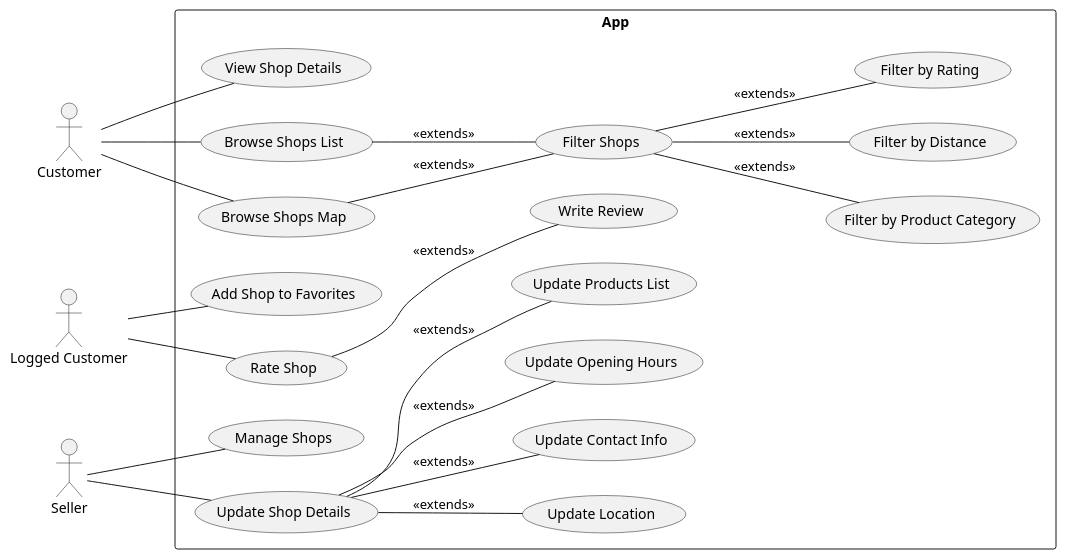
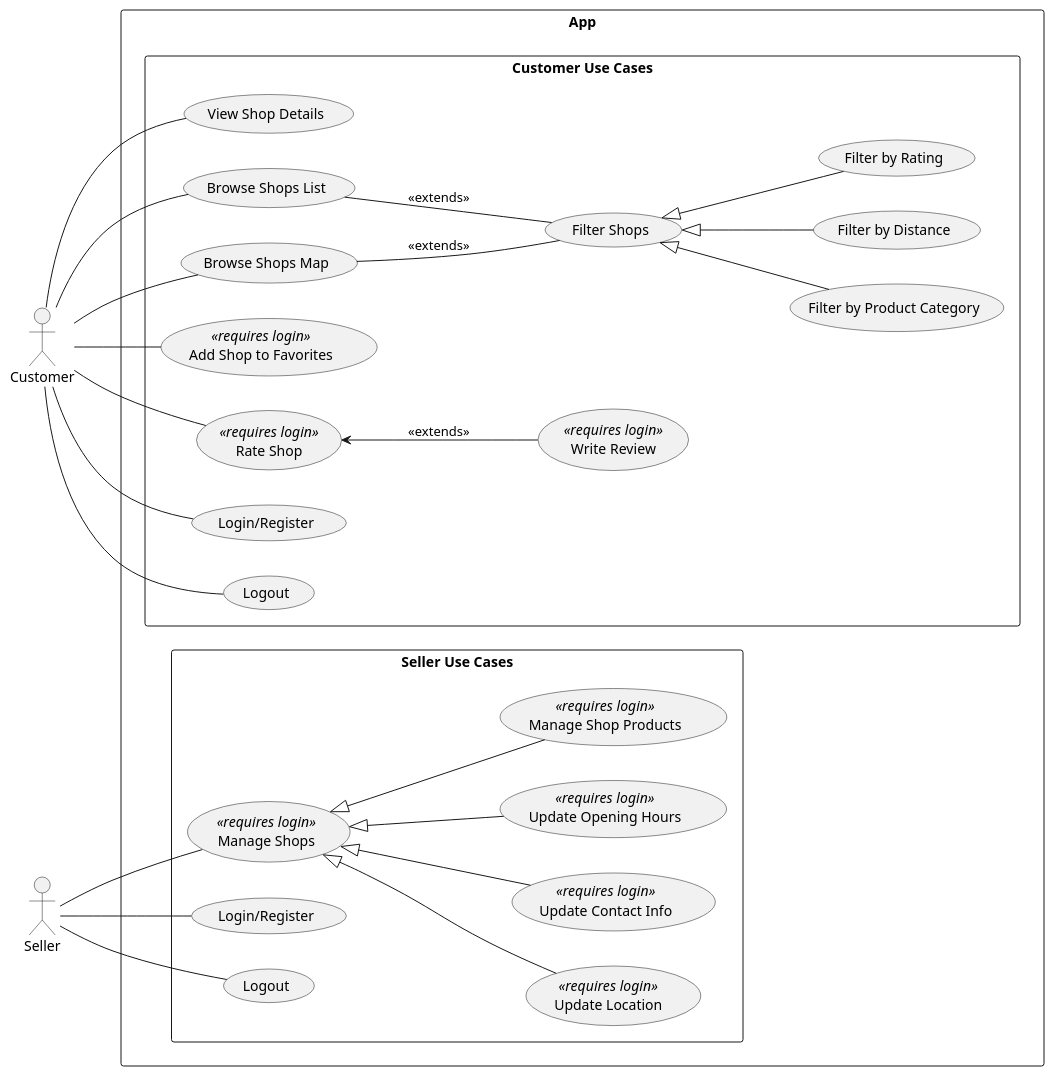
One commit to tondracek/my-farmer changed the diagram in docs/diagrams/use_case_diagram.puml. Above: the diagram before and after it, drawn with PlantUML. The commit also changed 1 other file, not shown here.

Commit message:
updated UC diagram

```diff
--- a/docs/diagrams/use_case_diagram.puml
+++ b/docs/diagrams/use_case_diagram.puml
@@ -1,70 +1,71 @@
 @startuml
 
 left to right direction
 
 actor "Customer" as Customer
-actor "Logged Customer" as LoggedCustomer
 actor "Seller" as Seller
 
 rectangle "App" {
 
-  ' ------------------ '
-  ' CUSTOMER USE CASES '
-  ' ------------------ '
+  rectangle "Customer Use Cases" {
+    usecase "View Shop Details" as ViewShopDetails
 
-  usecase "View Shop Details" as ViewShopDetails
+    usecase "Browse Shops List" as BrowseShopsList
+    usecase "Browse Shops Map" as BrowseShopsMap
 
-  usecase "Browse Shops List" as BrowseShopsList
-  usecase "Browse Shops Map" as BrowseShopsMap
+    usecase "Filter Shops" as FilterShops
 
-  usecase "Filter Shops" as FilterShops
+    usecase "Filter by Product Category" as FilterByProductCategory
+    usecase "Filter by Distance" as FilterByDistance
+    usecase "Filter by Rating" as FilterByRating
 
-  usecase "Filter by Product Category" as FilterByProductCategory
-  usecase "Filter by Distance" as FilterByDistance
-  usecase "Filter by Rating" as FilterByRating
+    usecase "Add Shop to Favorites" as AddShopToFavorites <<requires login>>
+    usecase "Rate Shop" as RateShop <<requires login>>
+    usecase "Write Review" as WriteReview <<requires login>>
 
-  Customer -- ViewShopDetails
-  Customer -- BrowseShopsList
-  Customer -- BrowseShopsMap
+    Customer -- ViewShopDetails
+    Customer -- BrowseShopsList
+    Customer -- BrowseShopsMap
 
-  BrowseShopsList -- FilterShops : <<extends>>
-  BrowseShopsMap -- FilterShops : <<extends>>
+    BrowseShopsList -- FilterShops : <<extends>>
+    BrowseShopsMap -- FilterShops : <<extends>>
 
-  FilterShops -- FilterByProductCategory : <<extends>>
-  FilterShops -- FilterByDistance : <<extends>>
-  FilterShops -- FilterByRating : <<extends>>
+    FilterShops <|-- FilterByProductCategory
+    FilterShops <|-- FilterByDistance
+    FilterShops <|-- FilterByRating
 
-  ' ------------------------- '
-  ' LOGGED CUSTOMER USE CASES '
-  ' ------------------------- '
+    Customer -- AddShopToFavorites
+    Customer -- RateShop
+    RateShop <-- WriteReview : <<extends>>
 
-  usecase "Add Shop to Favorites" as AddShopToFavorites
-  usecase "Rate Shop" as RateShop
-  usecase "Write Review" as WriteReview
+    usecase "Login/Register" as LoginRegisterCustomer
+    usecase "Logout" as LogoutCustomer
 
-  LoggedCustomer -- AddShopToFavorites
-  LoggedCustomer -- RateShop
-  RateShop -- WriteReview : <<extends>>
+    Customer -- LoginRegisterCustomer
+    Customer -- LogoutCustomer
+  }
 
-  ' ---------------- '
-  ' SELLER USE CASES '
-  ' ---------------- '
+  rectangle "Seller Use Cases" {
+    usecase "Manage Shops" as ManageShops <<requires login>>
 
-  usecase "Manage Shops" as ManageShops
-  usecase "Update Shop Details" as UpdateShopDetails
+    usecase "Update Location" as UpdateLocation <<requires login>>
+    usecase "Update Contact Info" as UpdateContactInfo <<requires login>>
+    usecase "Update Opening Hours" as UpdateOpeningHours <<requires login>>
+    usecase "Manage Shop Products" as ManageShopProducts <<requires login>>
 
-  usecase "Update Location" as UpdateLocation
-  usecase "Update Contact Info" as UpdateContactInfo
-  usecase "Update Opening Hours" as UpdateOpeningHours
-  usecase "Update Products List" as UpdateProductsList
+    Seller -- ManageShops
 
-  Seller -- ManageShops
-  Seller -- UpdateShopDetails
+    ManageShops <|-- UpdateLocation
+    ManageShops <|-- UpdateContactInfo
+    ManageShops <|-- UpdateOpeningHours
+    ManageShops <|-- ManageShopProducts
 
-  UpdateShopDetails -- UpdateLocation : <<extends>>
-  UpdateShopDetails -- UpdateContactInfo : <<extends>>
-  UpdateShopDetails -- UpdateOpeningHours : <<extends>>
-  UpdateShopDetails -- UpdateProductsList : <<extends>>
+    usecase "Login/Register" as LoginRegisterSeller
+    usecase "Logout" as LogoutSeller
+
+    Seller -- LoginRegisterSeller
+    Seller -- LogoutSeller
+  }
 }
 
 @enduml
```
